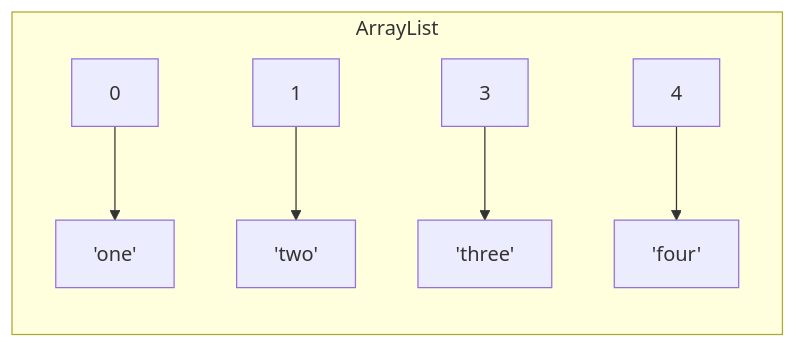
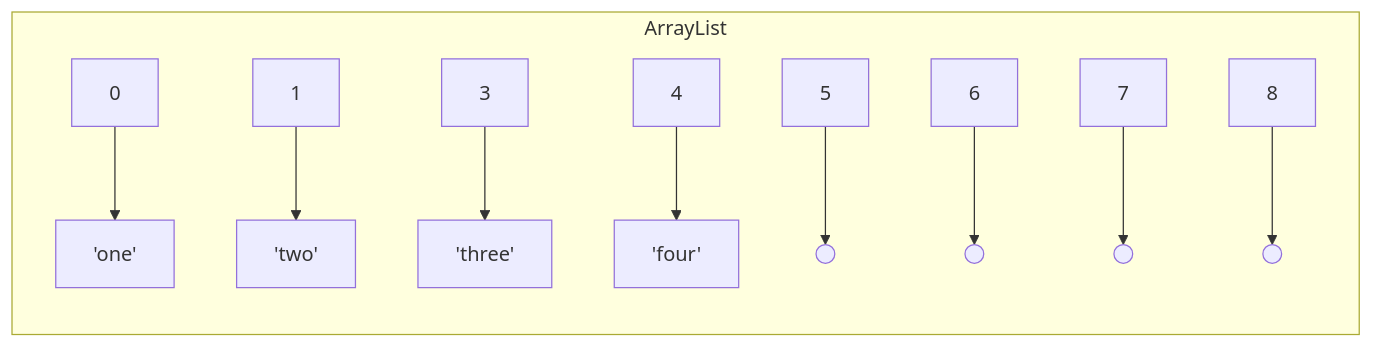
One commit to ohjelmointi2/ohjelmointi2.github.io changed the first of 2 diagrams in docs/08_algoritmit.md. Above: the diagram before and after it, drawn with Mermaid. The commit also changed other lines of this file, not shown here.

````diff
--- a/docs/08_algoritmit.md
+++ b/docs/08_algoritmit.md
@@ -34,9 +39,13 @@
 ```mermaid
 graph LR
     subgraph ArrayList
         0 --> 'one'
         1 --> 'two'
         3 --> 'three'
         4 --> 'four'
+        5 --> B(( ))
+        6 --> C(( ))
+        7 --> D(( ))
+        8 --> E(( ))
     end
 ```
````
